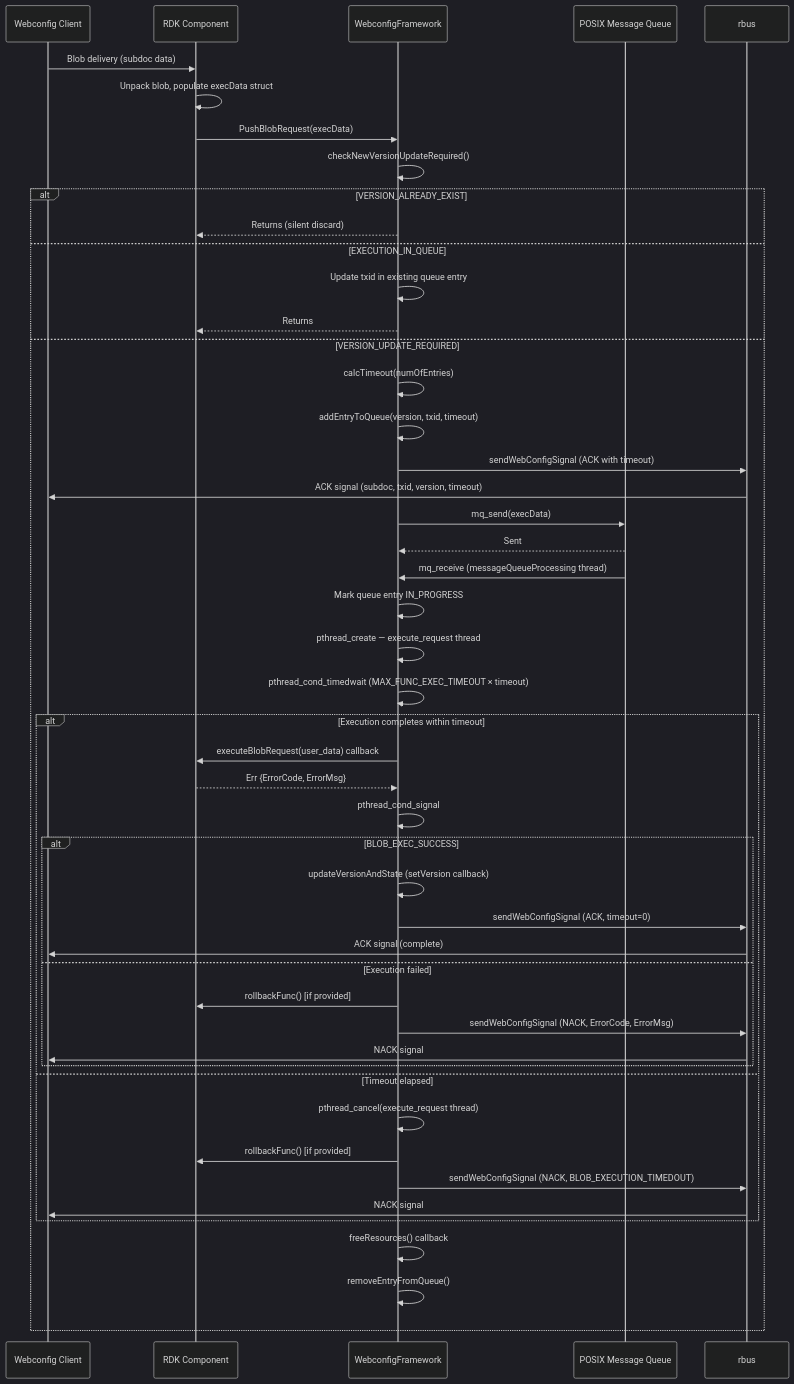
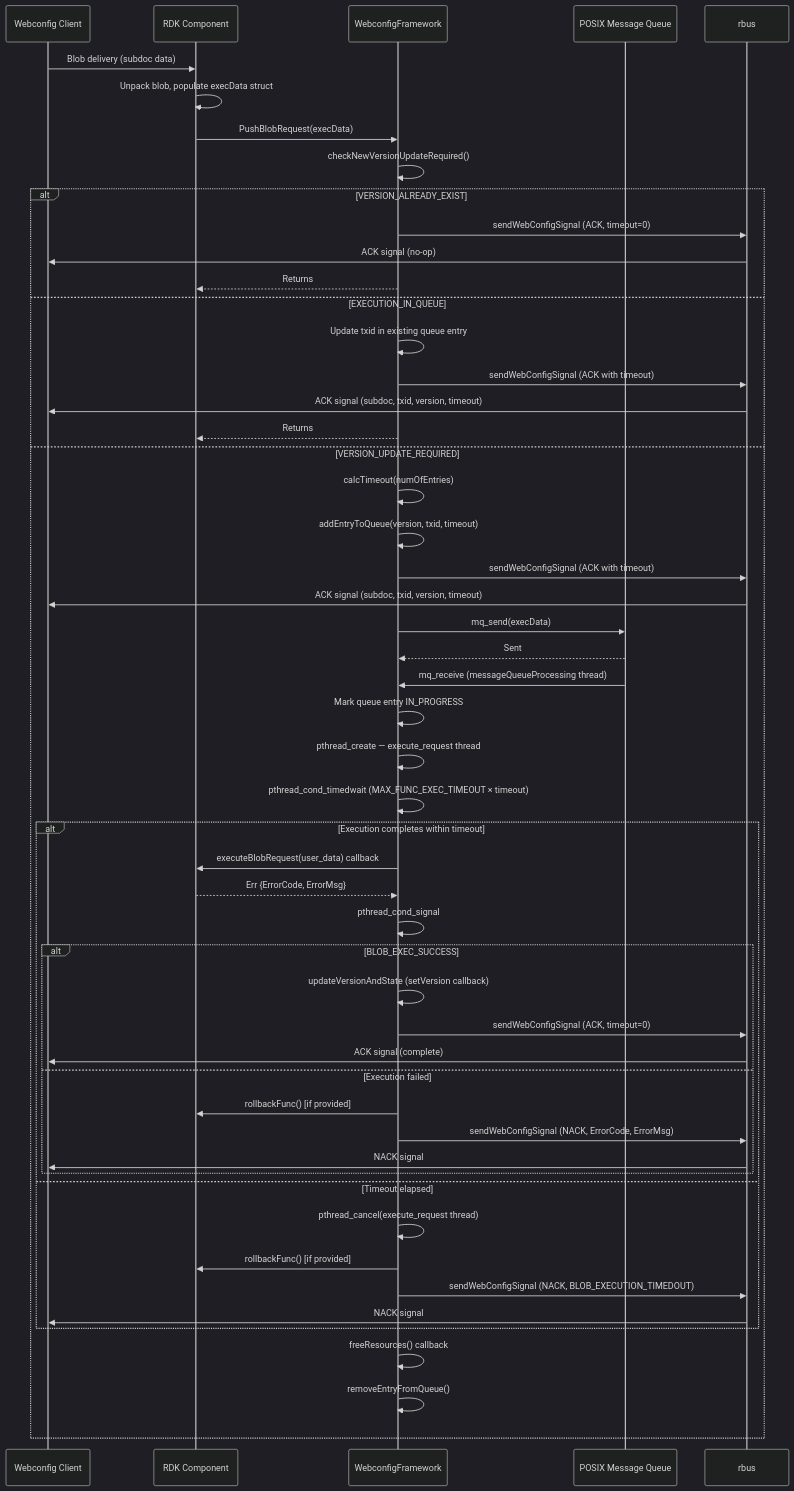
The fifth of 8 diagrams in docs/README.md (rdkcentral/WebconfigFramework), drawn with Mermaid (dark theme) before and after one commit. The commit also changed other lines of this file, not shown here.

Commit message:
Apply suggestions from code review

````diff
--- a/docs/README.md
+++ b/docs/README.md
@@ -224,55 +224,59 @@
 ```mermaid
 sequenceDiagram
     participant WebcfgClient as Webconfig Client
     participant Component as RDK Component
     participant WCF as WebconfigFramework
     participant POSIXMQ as POSIX Message Queue
     participant RBUS as rbus
 
     WebcfgClient->>Component: Blob delivery (subdoc data)
     Component->>Component: Unpack blob, populate execData struct
     Component->>WCF: PushBlobRequest(execData)
 
     WCF->>WCF: checkNewVersionUpdateRequired()
     alt VERSION_ALREADY_EXIST
-        WCF-->>Component: Returns (silent discard)
+        WCF->>RBUS: sendWebConfigSignal (ACK, timeout=0)
+        RBUS->>WebcfgClient: ACK signal (no-op)
+        WCF-->>Component: Returns
     else EXECUTION_IN_QUEUE
         WCF->>WCF: Update txid in existing queue entry
+        WCF->>RBUS: sendWebConfigSignal (ACK with timeout)
+        RBUS->>WebcfgClient: ACK signal (subdoc, txid, version, timeout)
         WCF-->>Component: Returns
     else VERSION_UPDATE_REQUIRED
         WCF->>WCF: calcTimeout(numOfEntries)
         WCF->>WCF: addEntryToQueue(version, txid, timeout)
         WCF->>RBUS: sendWebConfigSignal (ACK with timeout)
         RBUS->>WebcfgClient: ACK signal (subdoc, txid, version, timeout)
         WCF->>POSIXMQ: mq_send(execData)
         POSIXMQ-->>WCF: Sent
 
         POSIXMQ->>WCF: mq_receive (messageQueueProcessing thread)
         WCF->>WCF: Mark queue entry IN_PROGRESS
         WCF->>WCF: pthread_create — execute_request thread
         WCF->>WCF: pthread_cond_timedwait (MAX_FUNC_EXEC_TIMEOUT × timeout)
 
         alt Execution completes within timeout
             WCF->>Component: executeBlobRequest(user_data) callback
             Component-->>WCF: Err {ErrorCode, ErrorMsg}
             WCF->>WCF: pthread_cond_signal
             alt BLOB_EXEC_SUCCESS
                 WCF->>WCF: updateVersionAndState (setVersion callback)
                 WCF->>RBUS: sendWebConfigSignal (ACK, timeout=0)
                 RBUS->>WebcfgClient: ACK signal (complete)
             else Execution failed
                 WCF->>Component: rollbackFunc() [if provided]
                 WCF->>RBUS: sendWebConfigSignal (NACK, ErrorCode, ErrorMsg)
                 RBUS->>WebcfgClient: NACK signal
             end
         else Timeout elapsed
             WCF->>WCF: pthread_cancel(execute_request thread)
             WCF->>Component: rollbackFunc() [if provided]
             WCF->>RBUS: sendWebConfigSignal (NACK, BLOB_EXECUTION_TIMEDOUT)
             RBUS->>WebcfgClient: NACK signal
         end
 
         WCF->>WCF: freeResources() callback
         WCF->>WCF: removeEntryFromQueue()
     end
 ```
````
